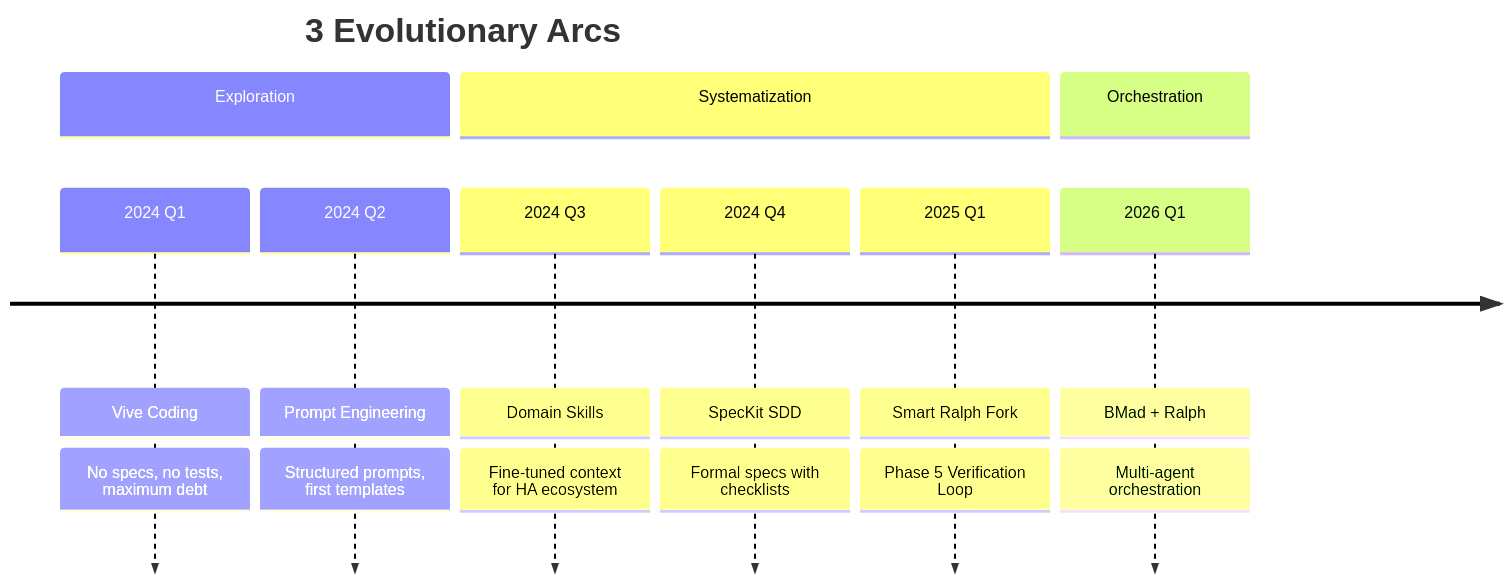
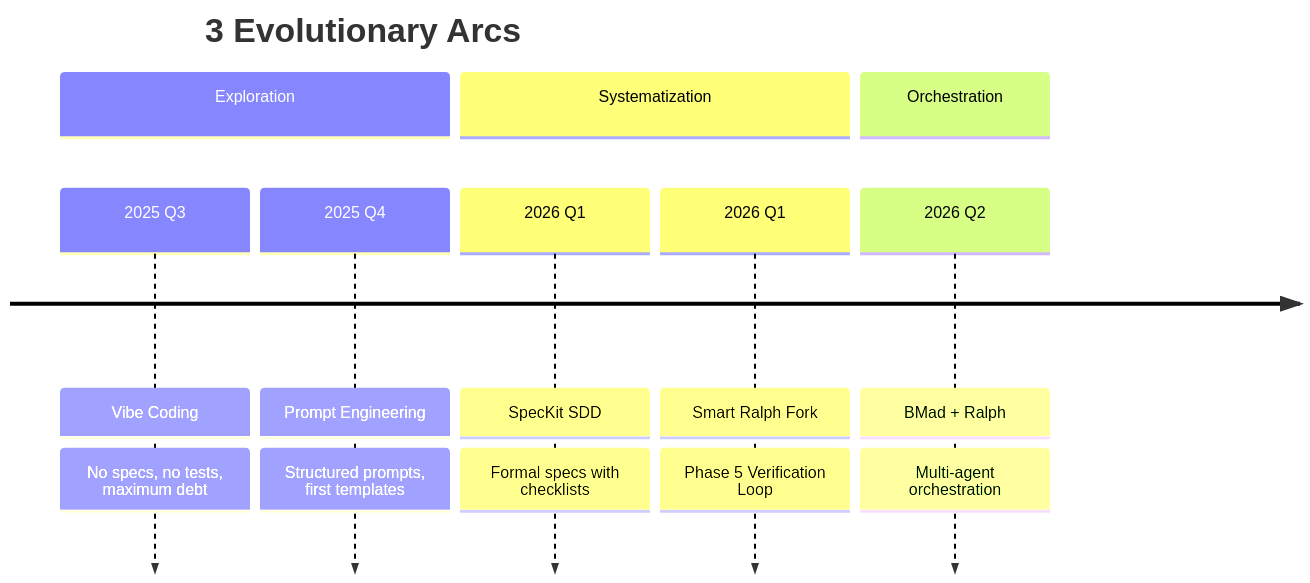
Before and after one commit to informatico-madrid/ha-ev-trip-planner: the first of 2 diagrams in _ai/PORTFOLIO.md, drawn with Mermaid. The commit also changed 2 other files, not shown here.

Commit message:
docs: actualizar README y documentos de metodología con detalles sobre tecnologías y fases de desarrollo

````diff
--- a/_ai/PORTFOLIO.md
+++ b/_ai/PORTFOLIO.md
@@ -75,13 +75,12 @@
 ```mermaid
 timeline
     title 3 Evolutionary Arcs
     section Exploration
-        2024 Q1 : Vive Coding : No specs, no tests, maximum debt
-        2024 Q2 : Prompt Engineering : Structured prompts, first templates
+        2025 Q3 : Vibe Coding : No specs, no tests, maximum debt
+        2025 Q4 : Prompt Engineering : Structured prompts, first templates
     section Systematization
-        2024 Q3 : Domain Skills : Fine-tuned context for HA ecosystem
-        2024 Q4 : SpecKit SDD : Formal specs with checklists
-        2025 Q1 : Smart Ralph Fork : Phase 5 Verification Loop
+        2026 Q1 : SpecKit SDD : Formal specs with checklists
+        2026 Q1 : Smart Ralph Fork : Phase 5 Verification Loop
     section Orchestration
-        2026 Q1 : BMad + Ralph : Multi-agent orchestration
+        2026 Q2 : BMad + Ralph : Multi-agent orchestration
 ```
````
